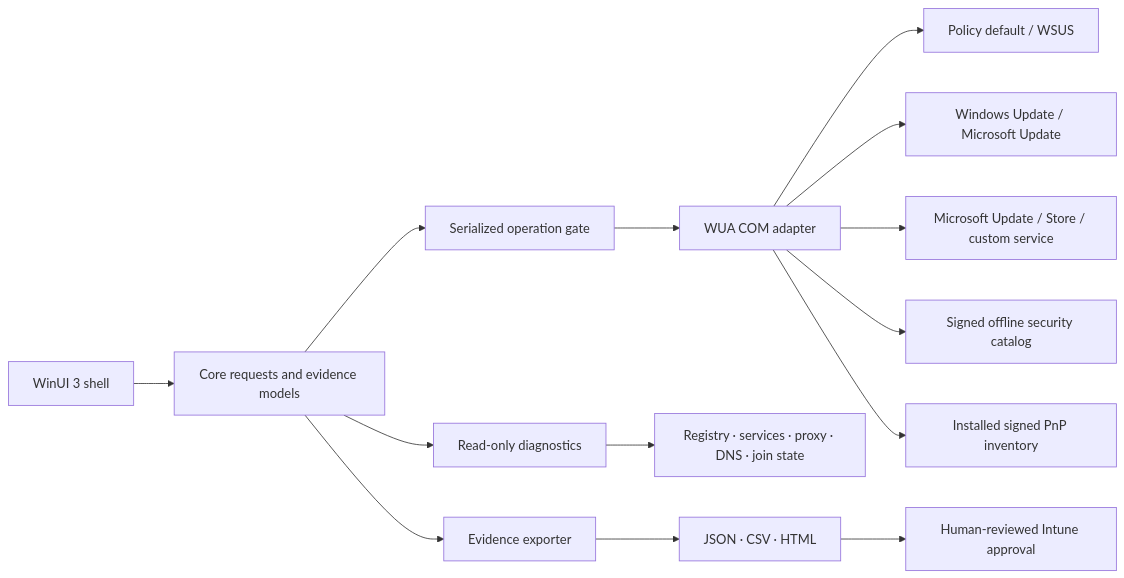
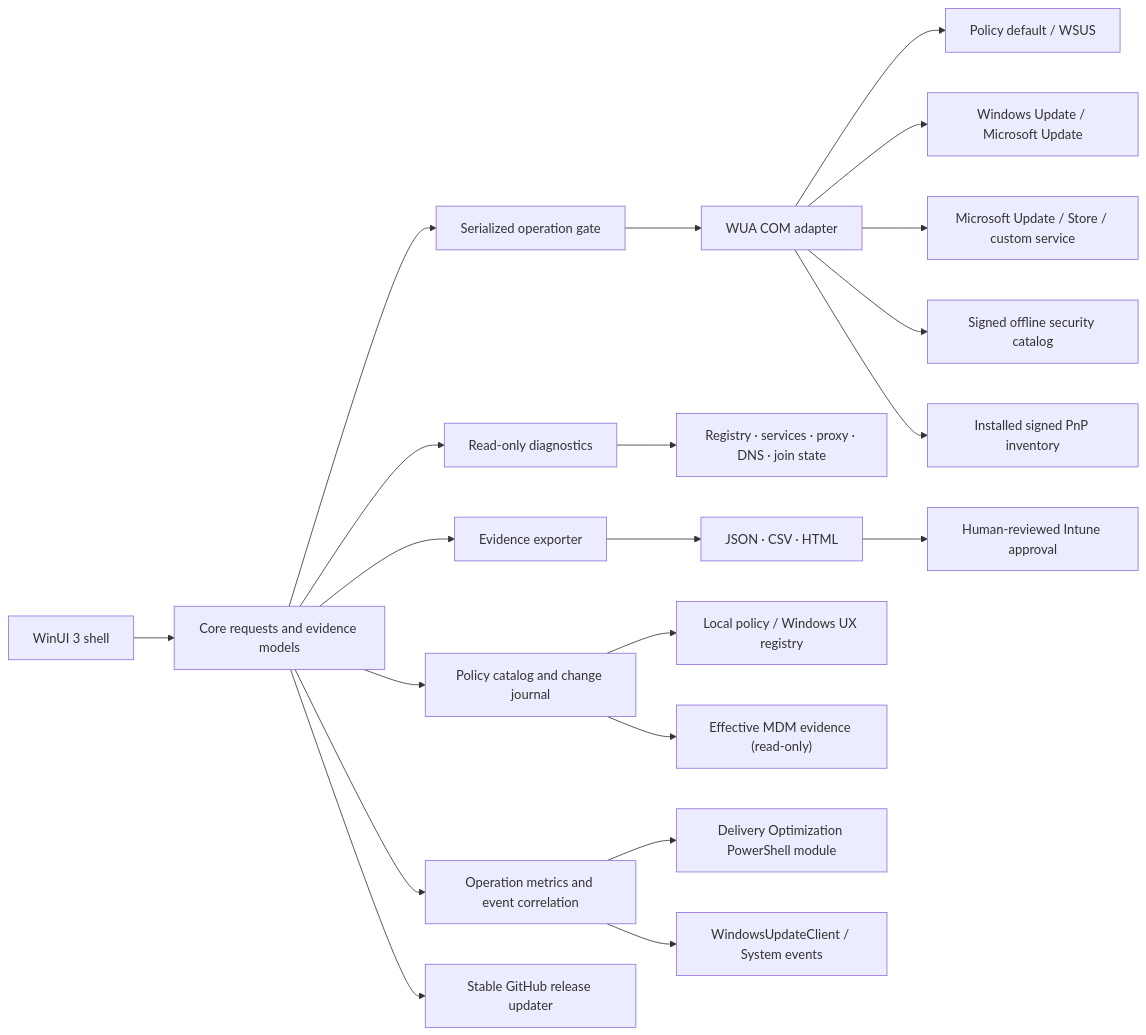
One commit to retsak/WuPilot changed the diagram in docs/ARCHITECTURE.md. Above: the diagram before and after it, drawn with Mermaid. The commit also changed other lines of this file and 30 other files, not shown here.

````diff
--- a/docs/ARCHITECTURE.md
+++ b/docs/ARCHITECTURE.md
@@ -7,16 +7,23 @@
 ```mermaid
 flowchart LR
     UI["WinUI 3 shell"] --> CORE["Core requests and evidence models"]
     CORE --> GATE["Serialized operation gate"]
     GATE --> WUA["WUA COM adapter"]
     WUA --> DEF["Policy default / WSUS"]
     WUA --> WU["Windows Update / Microsoft Update"]
     WUA --> OTHER["Microsoft Update / Store / custom service"]
     WUA --> OFFLINE["Signed offline security catalog"]
     WUA --> PNP["Installed signed PnP inventory"]
     CORE --> DIAG["Read-only diagnostics"]
     DIAG --> OS["Registry · services · proxy · DNS · join state"]
     CORE --> EXPORT["Evidence exporter"]
     EXPORT --> BUNDLE["JSON · CSV · HTML"]
     BUNDLE --> INTUNE["Human-reviewed Intune approval"]
+    CORE --> POLICY["Policy catalog and change journal"]
+    POLICY --> REG["Local policy / Windows UX registry"]
+    POLICY --> CSP["Effective MDM evidence (read-only)"]
+    CORE --> PERF["Operation metrics and event correlation"]
+    PERF --> DO["Delivery Optimization PowerShell module"]
+    PERF --> EVT["WindowsUpdateClient / System events"]
+    CORE --> UPDATE["Stable GitHub release updater"]
 ```
````
